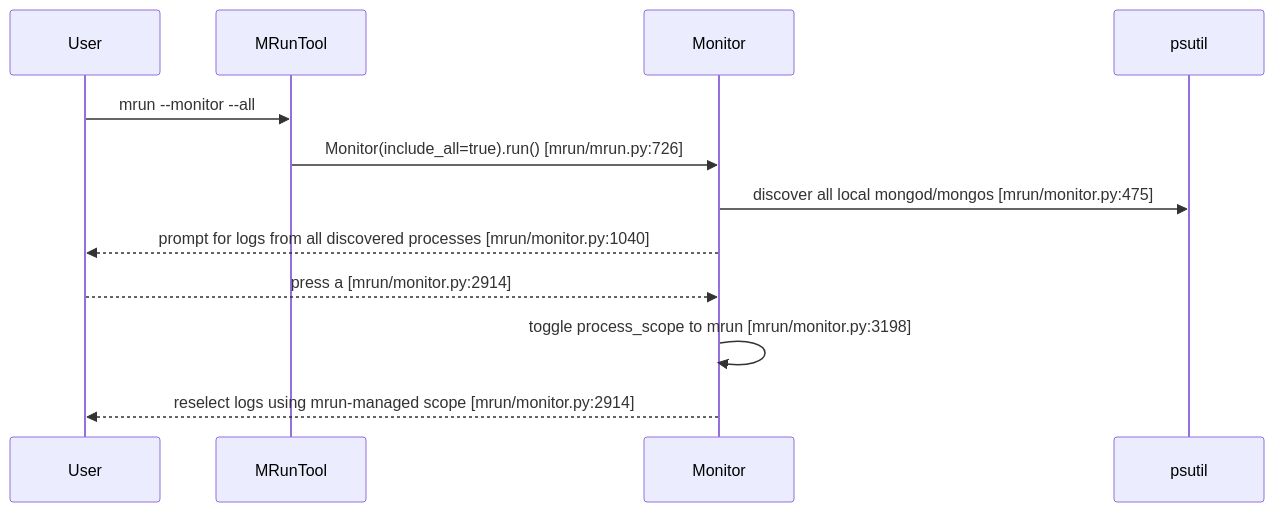
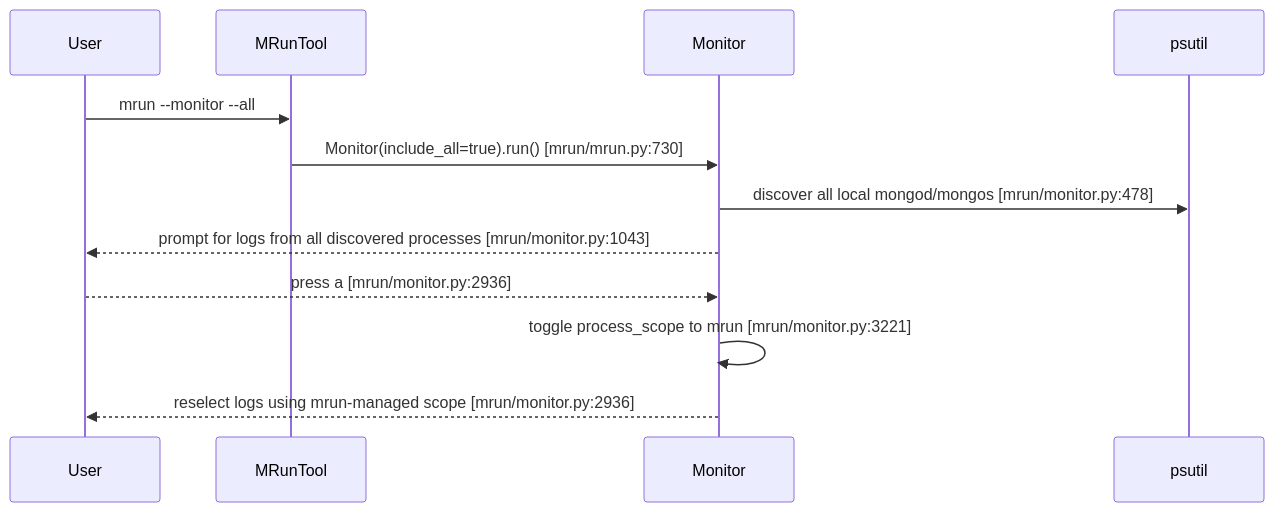
One commit to mongodb/mlaunch changed the second of 11 diagrams in doc/feature-monitor-guide.md. Above: the diagram before and after it, drawn with Mermaid. The commit also changed other lines of this file and 2 other files, not shown here.

````diff
--- a/doc/feature-monitor-guide.md
+++ b/doc/feature-monitor-guide.md
@@ -167,15 +170,15 @@
 ```mermaid
 sequenceDiagram
     participant User
     participant Tool as MRunTool
     participant Monitor as Monitor
     participant PS as psutil
 
     User->>Tool: mrun --monitor --all
-    Tool->>Monitor: Monitor(include_all=true).run() [mrun/mrun.py:726]
-    Monitor->>PS: discover all local mongod/mongos [mrun/monitor.py:475]
-    Monitor-->>User: prompt for logs from all discovered processes [mrun/monitor.py:1040]
-    User-->>Monitor: press a [mrun/monitor.py:2914]
-    Monitor->>Monitor: toggle process_scope to mrun [mrun/monitor.py:3198]
-    Monitor-->>User: reselect logs using mrun-managed scope [mrun/monitor.py:2914]
+    Tool->>Monitor: Monitor(include_all=true).run() [mrun/mrun.py:730]
+    Monitor->>PS: discover all local mongod/mongos [mrun/monitor.py:478]
+    Monitor-->>User: prompt for logs from all discovered processes [mrun/monitor.py:1043]
+    User-->>Monitor: press a [mrun/monitor.py:2936]
+    Monitor->>Monitor: toggle process_scope to mrun [mrun/monitor.py:3221]
+    Monitor-->>User: reselect logs using mrun-managed scope [mrun/monitor.py:2936]
 ```
````
